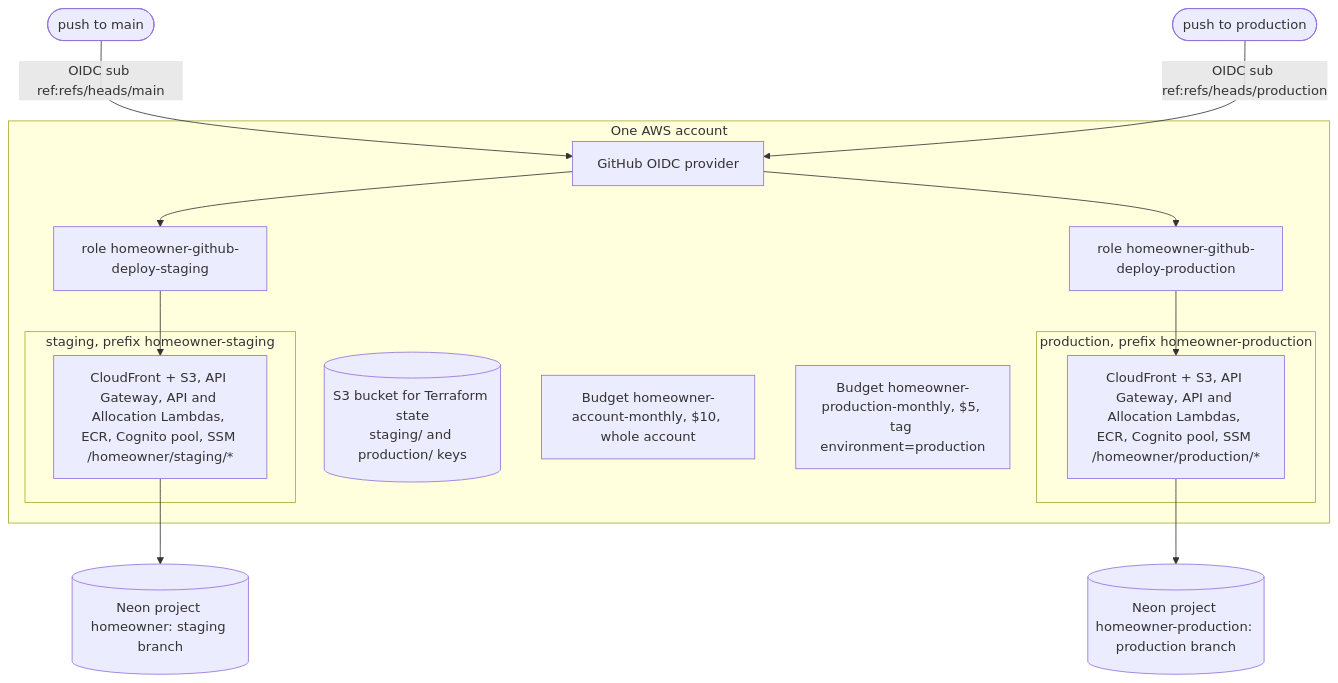
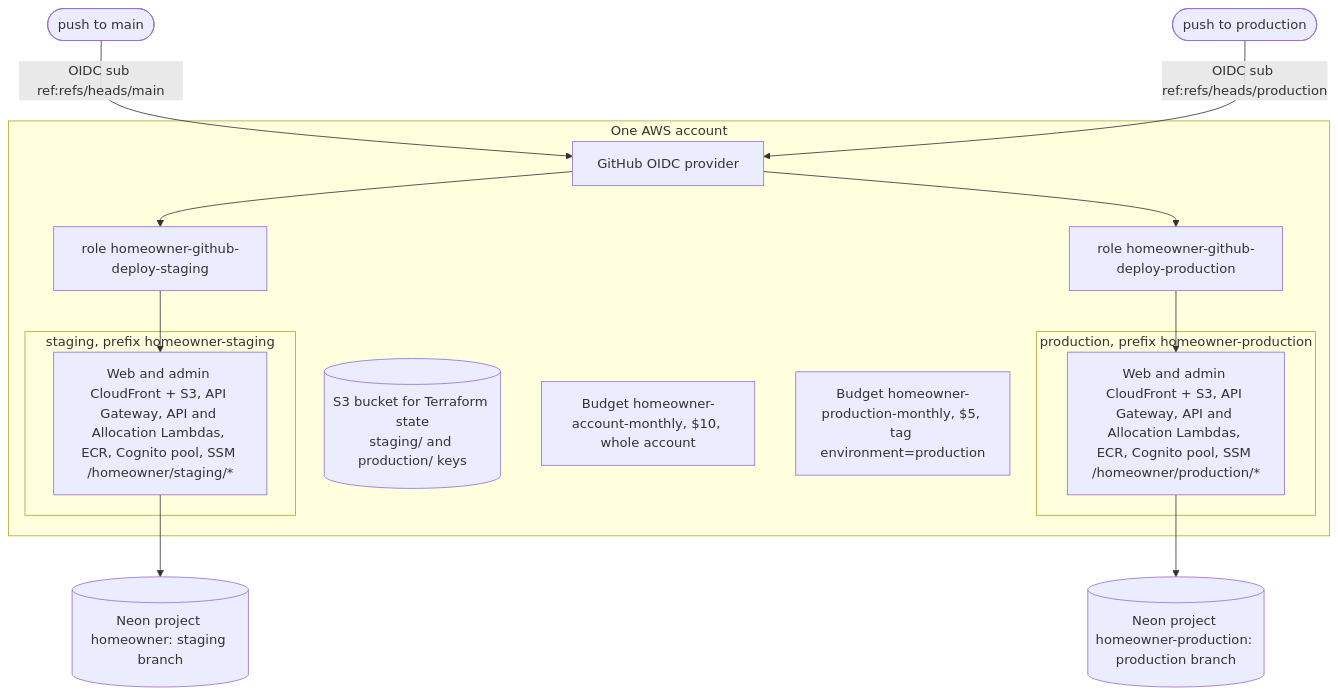
Before and after one commit to AbnerWillclefy/Homeowner: the first of 4 diagrams in docs/architecture/infrastructure.md, drawn with Mermaid. The commit also changed other lines of this file, not shown here.

Commit message:
docs(architecture): add the admin distribution, group and deploy job to infrastructure

````diff
--- a/docs/architecture/infrastructure.md
+++ b/docs/architecture/infrastructure.md
@@ -17,23 +17,23 @@
 ```mermaid
 flowchart TB
     subgraph aws["One AWS account"]
       tf[("S3 bucket for Terraform state<br/>staging/ and production/ keys")]
       oidc["GitHub OIDC provider"]
       subgraph stg["staging, prefix homeowner-staging"]
-        stgset["CloudFront + S3, API Gateway, API and Allocation Lambdas, ECR, Cognito pool, SSM /homeowner/staging/*"]
+        stgset["Web and admin CloudFront + S3, API Gateway, API and Allocation Lambdas, ECR, Cognito pool, SSM /homeowner/staging/*"]
       end
       subgraph prod["production, prefix homeowner-production"]
-        prodset["CloudFront + S3, API Gateway, API and Allocation Lambdas, ECR, Cognito pool, SSM /homeowner/production/*"]
+        prodset["Web and admin CloudFront + S3, API Gateway, API and Allocation Lambdas, ECR, Cognito pool, SSM /homeowner/production/*"]
       end
       rstg["role homeowner-github-deploy-staging"]
       rprod["role homeowner-github-deploy-production"]
       bacct["Budget homeowner-account-monthly, $10, whole account"]
       bprod["Budget homeowner-production-monthly, $5, tag environment=production"]
     end
     nstg[("Neon project homeowner: staging branch")]
     nprod[("Neon project homeowner-production: production branch")]
     main(["push to main"]) -- "OIDC sub ref:refs/heads/main" --> oidc --> rstg --> stgset
     pbranch(["push to production"]) -- "OIDC sub ref:refs/heads/production" --> oidc --> rprod --> prodset
     stgset --> nstg
     prodset --> nprod
 ```
````
